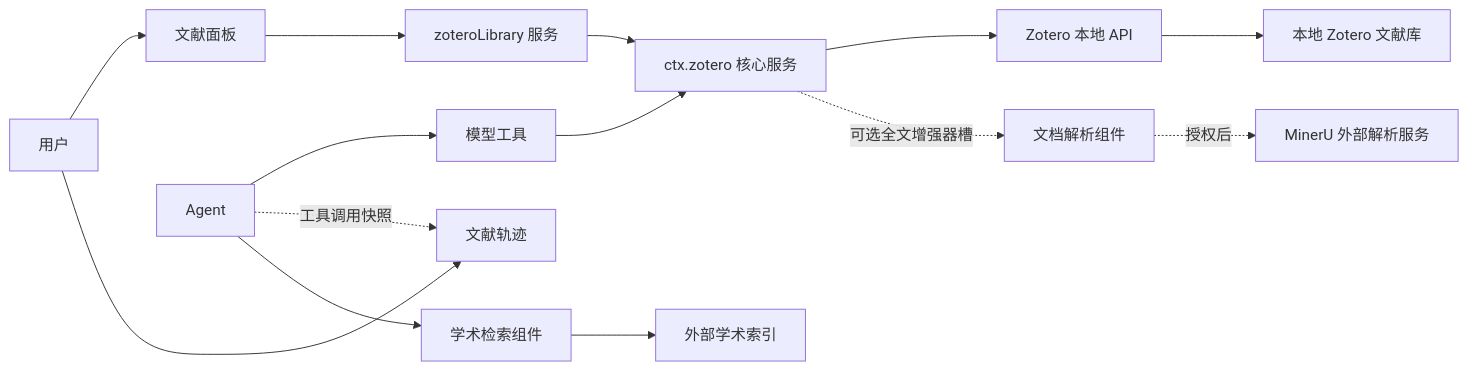
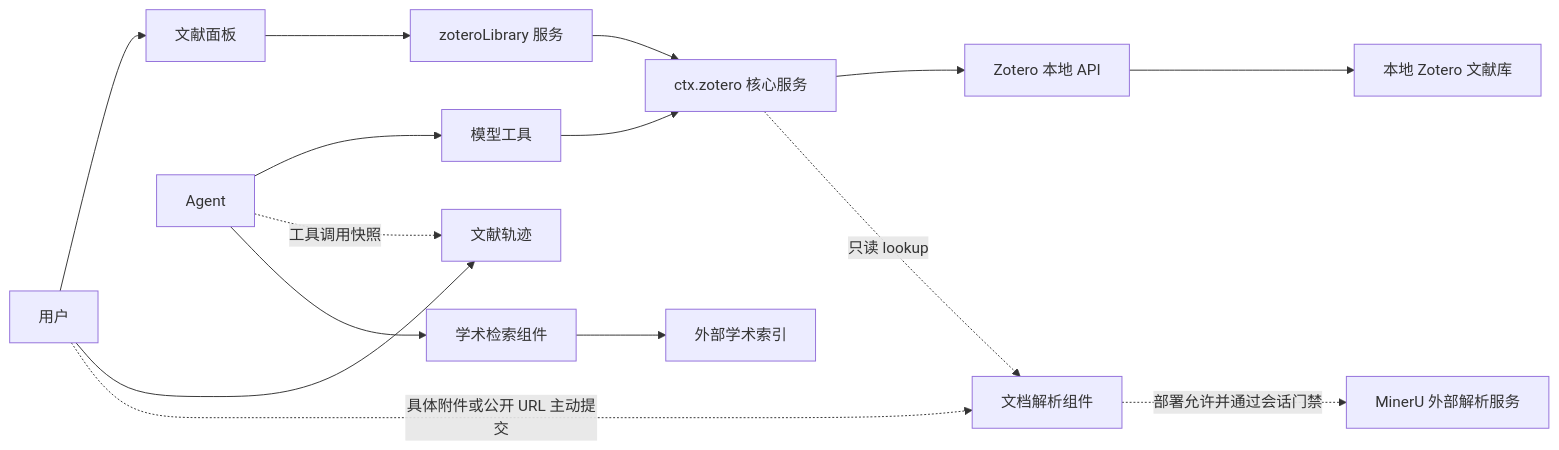
Before and after one commit to Vncntvx/dsh-zotero: the diagram in docs/product-model.md, drawn with Mermaid. The commit also changed other lines of this file and 133 other files, not shown here.

````diff
--- a/docs/product-model.md
+++ b/docs/product-model.md
@@ -58,14 +68,16 @@
 ```mermaid
 graph LR
     U[用户] --> P[文献面板]
     A[Agent] --> T[模型工具]
     P --> LS[zoteroLibrary 服务]
     T --> S[ctx.zotero 核心服务]
     LS --> S
     S --> Z[Zotero 本地 API]
     Z --> L[本地 Zotero 文献库]
     A -.->|工具调用快照| TR[文献轨迹]
     U --> TR
     A --> X[学术检索组件] --> E[外部学术索引]
-    S -.->|可选全文增强器槽| PA[文档解析组件] -.->|授权后| M[MinerU 外部解析服务]
+    S -.->|只读 lookup| PA[文档解析组件]
+    U -.->|具体附件或公开 URL 主动提交| PA
+    PA -.->|部署允许并通过会话门禁| M[MinerU 外部解析服务]
 ```
````
